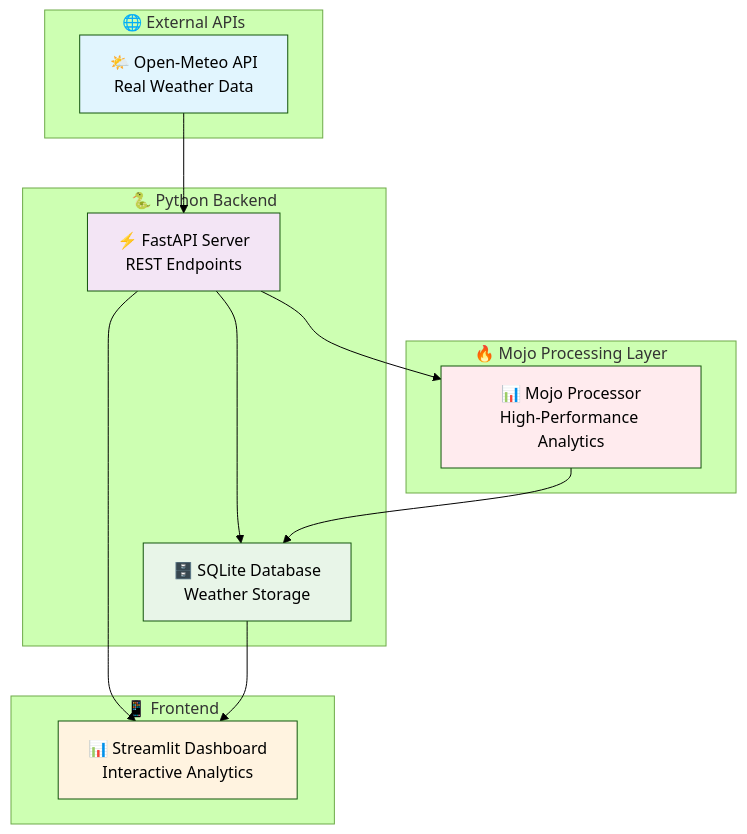
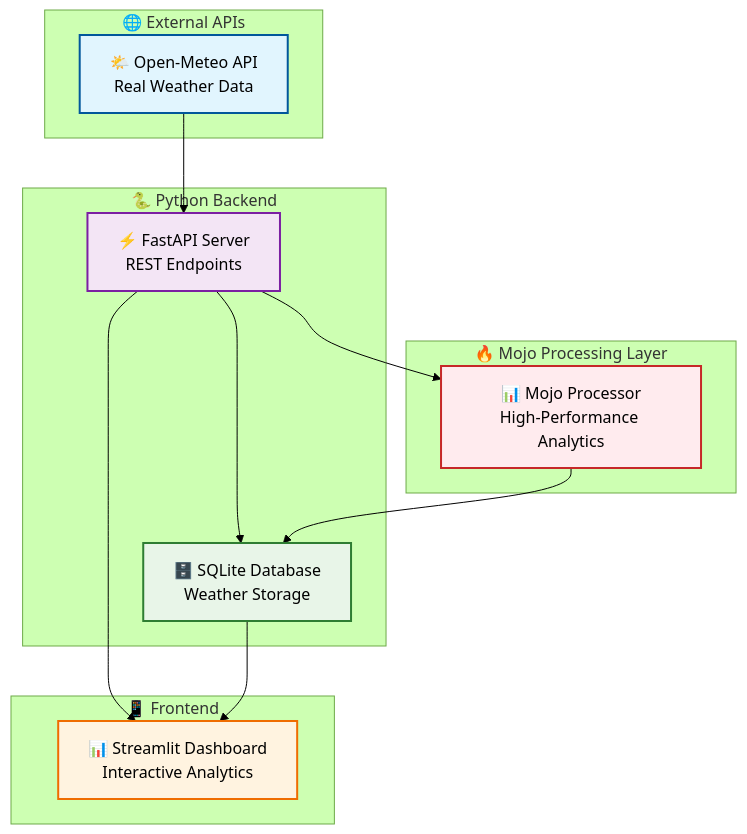
Before and after one commit to Jainam1673/weather-data-pipeline: the diagram in README.md, drawn with Mermaid (forest theme).

Commit message:
🎨 Fix Mermaid diagram text visibility
- Add explicit black text color (color:#000000) to all diagram nodes
- Enhanced node styling with proper stroke colors and width
- Added default class for consistent text visibility
- Ensures diagram readability in both light and dark themes

````diff
--- a/README.md
+++ b/README.md
@@ -141,32 +141,34 @@
 ```mermaid
 graph TB
     subgraph "🌐 External APIs"
         OM[🌤️ Open-Meteo API<br/>Real Weather Data]
     end
     
     subgraph "🔥 Mojo Processing Layer"
         MP[📊 Mojo Processor<br/>High-Performance Analytics]
     end
     
     subgraph "🐍 Python Backend"
         API[⚡ FastAPI Server<br/>REST Endpoints]
         DB[🗄️ SQLite Database<br/>Weather Storage]
     end
     
     subgraph "📱 Frontend"
         UI[📊 Streamlit Dashboard<br/>Interactive Analytics]
     end
     
     OM --> API
     API --> MP
     MP --> DB
     API --> DB
     API --> UI
     DB --> UI
     
-    style OM fill:#e1f5fe
-    style MP fill:#ffebee
-    style API fill:#f3e5f5
-    style DB fill:#e8f5e8
-    style UI fill:#fff3e0
+    style OM fill:#e1f5fe,stroke:#01579b,stroke-width:2px,color:#000000
+    style MP fill:#ffebee,stroke:#c62828,stroke-width:2px,color:#000000
+    style API fill:#f3e5f5,stroke:#7b1fa2,stroke-width:2px,color:#000000
+    style DB fill:#e8f5e8,stroke:#2e7d32,stroke-width:2px,color:#000000
+    style UI fill:#fff3e0,stroke:#ef6c00,stroke-width:2px,color:#000000
+    
+    classDef default color:#000000,fill:#ffffff,stroke:#333333
 ```
````
